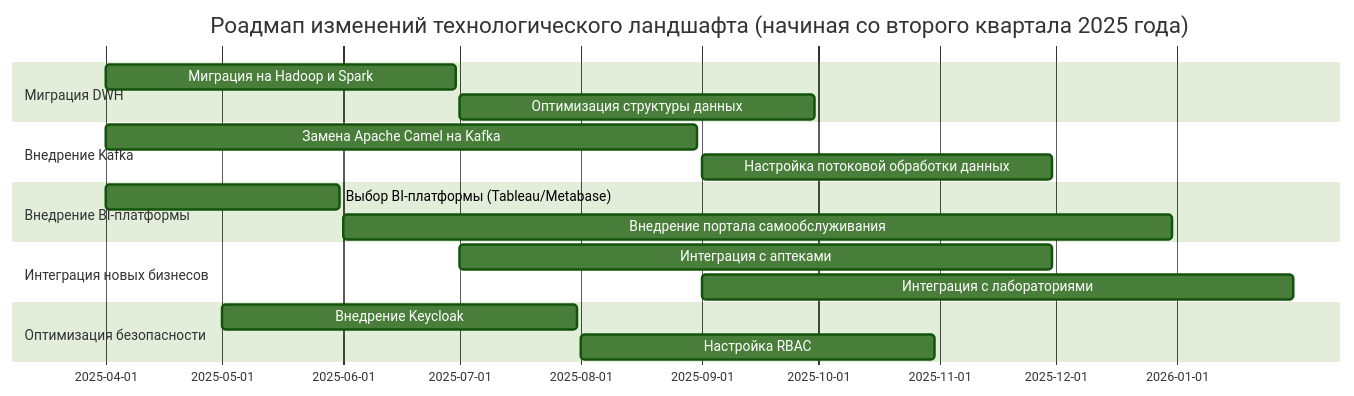
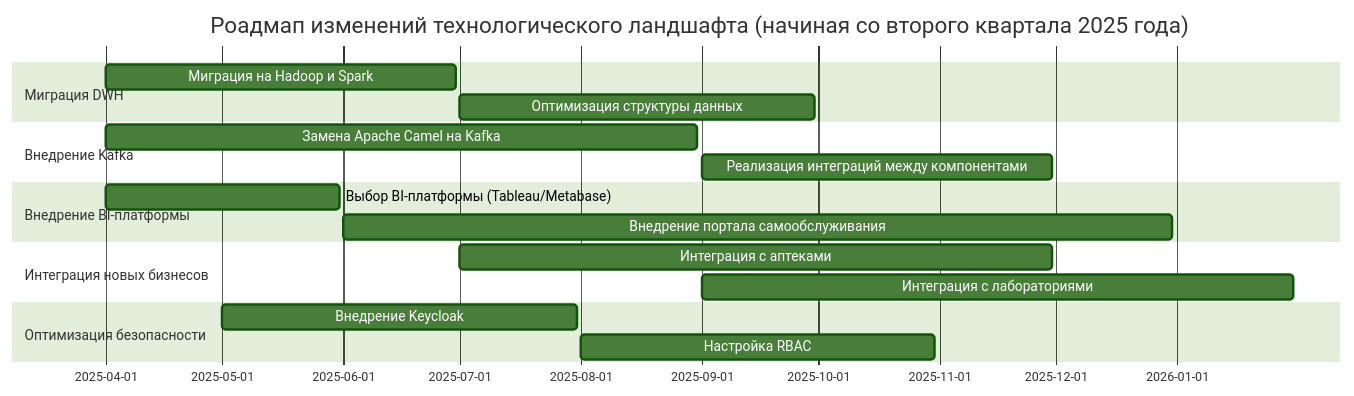
Before and after one commit to sissayenko/architecture-sprint-11: the diagram in Exc3/radar.md, drawn with Mermaid (forest theme). The commit also changed other lines of this file, not shown here.

````diff
--- a/Exc3/radar.md
+++ b/Exc3/radar.md
@@ -29,20 +29,20 @@
 ```mermaid
 gantt
     title Роадмап изменений технологического ландшафта (начиная со второго квартала 2025 года)
     dateFormat  YYYY-MM-DD
     section Миграция DWH
     Миграция на Hadoop и Spark           :2025-04-01, 2025-06-30
     Оптимизация структуры данных         :2025-07-01, 2025-09-30
     section Внедрение Kafka
     Замена Apache Camel на Kafka         :2025-04-01, 2025-08-31
-    Настройка потоковой обработки данных :2025-09-01, 2025-11-30
+    Реализация интеграций между компонентами :2025-09-01, 2025-11-30
     section Внедрение BI-платформы
     Выбор BI-платформы (Tableau/Metabase):2025-04-01, 2025-05-31
     Внедрение портала самообслуживания   :2025-06-01, 2025-12-31
     section Интеграция новых бизнесов
     Интеграция с аптеками                :2025-07-01, 2025-11-30
     Интеграция с лабораториями           :2025-09-01, 2026-01-31
     section Оптимизация безопасности
     Внедрение Keycloak                   :2025-05-01, 2025-07-31
     Настройка RBAC                       :2025-08-01, 2025-10-31
 ```
````
